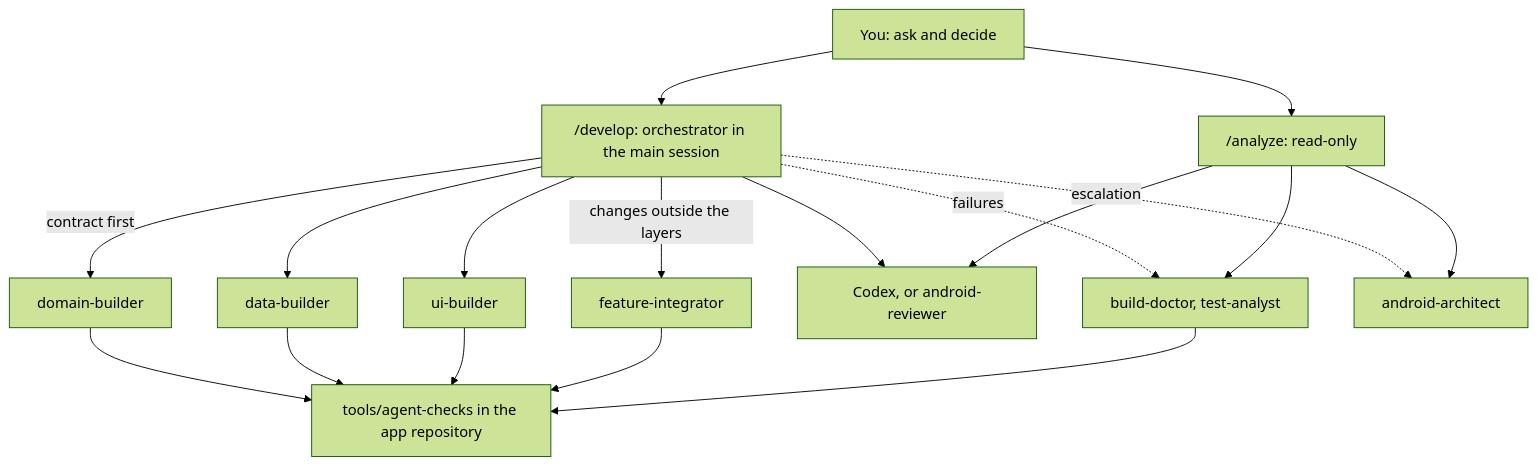
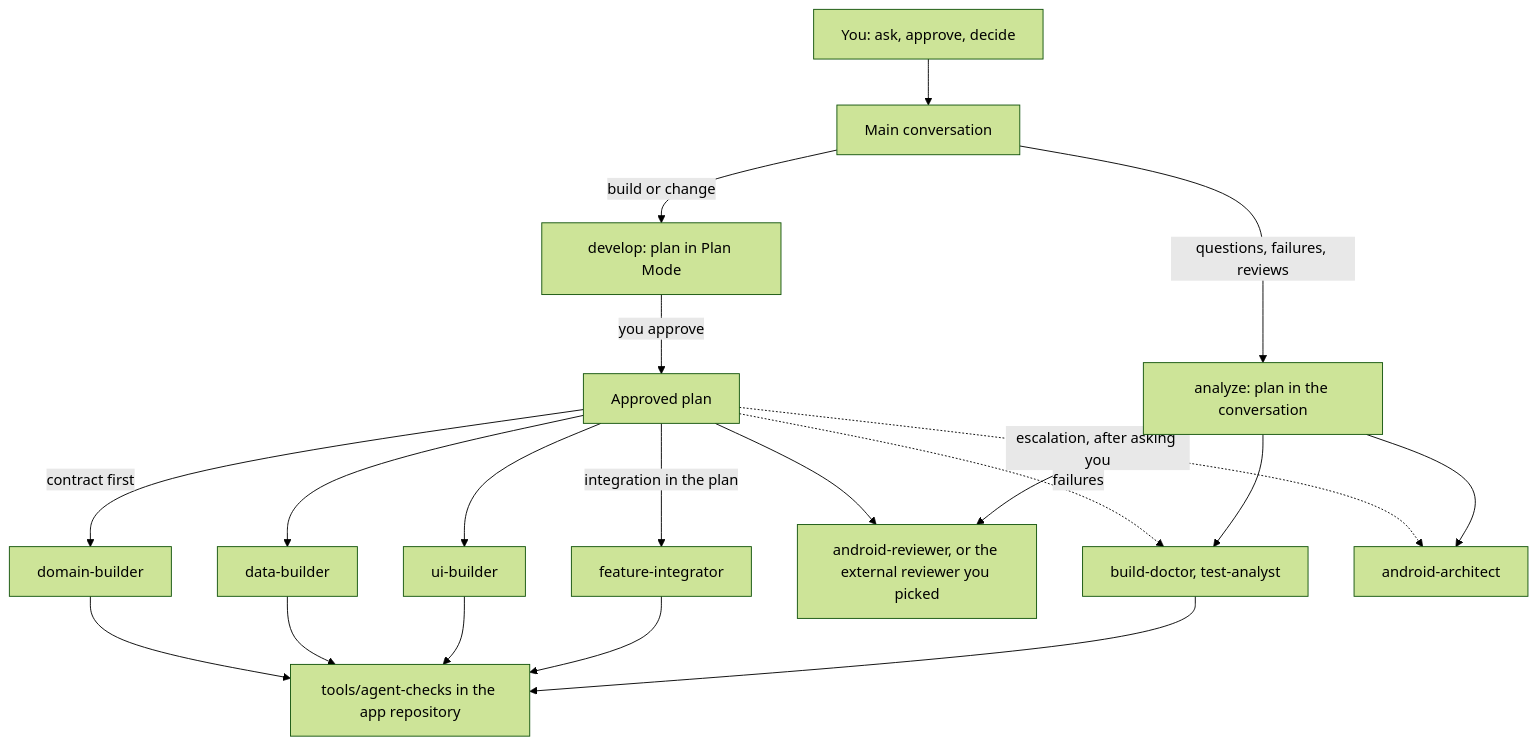
One commit to pfranccino/pfranccino-dev-skills changed the diagram in plugins/android-feature-kit/README.md. Above: the diagram before and after it, drawn with Mermaid (forest theme). The commit also changed other lines of this file and 28 other files, not shown here.

First line of the commit message:
feat(android-feature-kit): conversational orchestration with plan approval (0.4.0)

````diff
--- a/plugins/android-feature-kit/README.md
+++ b/plugins/android-feature-kit/README.md
@@ -20,17 +23,19 @@
 ```mermaid
 flowchart TB
-  U["You: ask and decide"] --> DEV["/develop: orchestrator in the main session"]
-  U --> AN["/analyze: read-only"]
-  DEV -->|"contract first"| DOM["domain-builder"]
-  DEV --> DATA["data-builder"]
-  DEV --> UI["ui-builder"]
-  DEV -->|"changes outside the layers"| INT["feature-integrator"]
-  DEV --> REV["Codex, or android-reviewer"]
-  DEV -.->|"failures"| DIAG["build-doctor, test-analyst"]
-  DEV -.->|"escalation"| ARCH["android-architect"]
+  U["You: ask, approve, decide"] --> MAIN["Main conversation"]
+  MAIN -->|"build or change"| DEV["develop: plan in Plan Mode"]
+  MAIN -->|"questions, failures, reviews"| AN["analyze: plan in the conversation"]
+  DEV -->|"you approve"| RUN["Approved plan"]
+  RUN -->|"contract first"| DOM["domain-builder"]
+  RUN --> DATA["data-builder"]
+  RUN --> UI["ui-builder"]
+  RUN -->|"integration in the plan"| INT["feature-integrator"]
+  RUN --> REV["android-reviewer, or the external reviewer you picked"]
+  RUN -.->|"failures"| DIAG["build-doctor, test-analyst"]
+  RUN -.->|"escalation, after asking you"| ARCH["android-architect"]
   AN --> DIAG
   AN --> REV
   AN --> ARCH
   DOM & DATA & UI & INT --> CHECKS["tools/agent-checks in the app repository"]
   DIAG --> CHECKS
 ```
````
